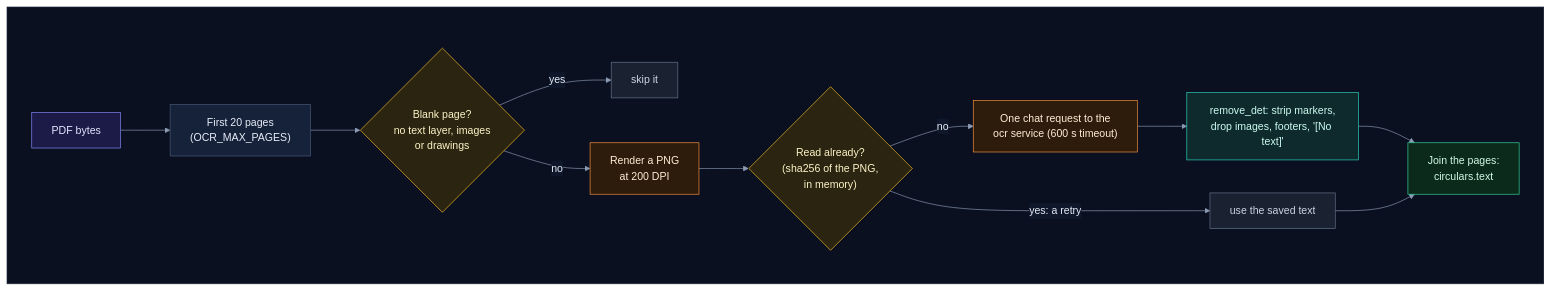
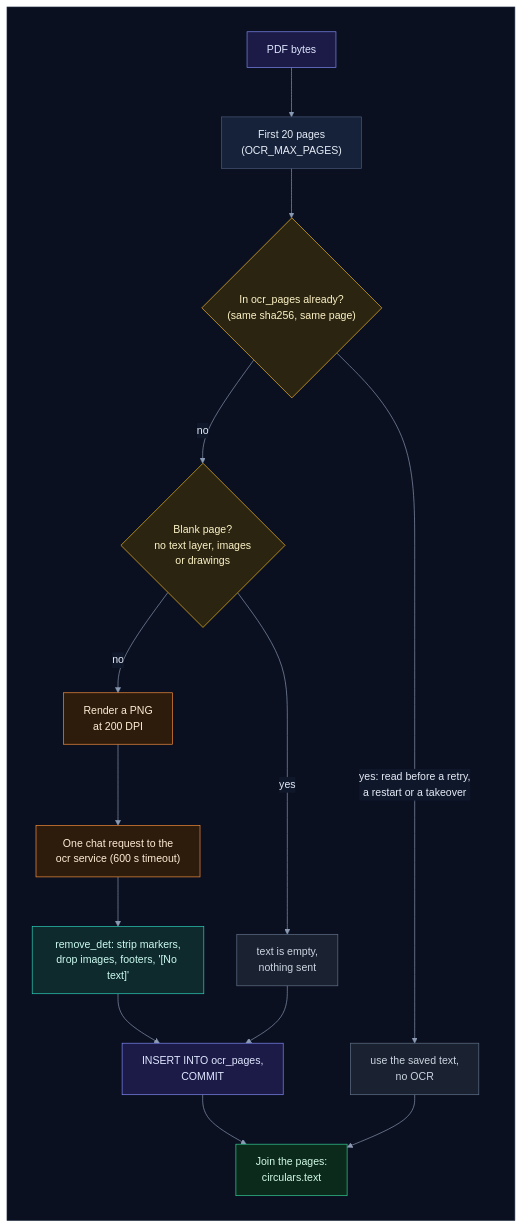
One commit to selvakumarperumal/Regulatory_Circular_Impact_Agent changed diagram 11 of 19 in backend/worker/INTERNALS.md. Above: the diagram before and after it, drawn with Mermaid. The commit also changed other lines of this file and 4 other files, not shown here.

First line of the commit message:
Document page-by-page OCR and claim renewal

````diff
--- a/backend/worker/INTERNALS.md
+++ b/backend/worker/INTERNALS.md
@@ -549,34 +563,36 @@
 ```mermaid
 %%{init: {"theme": "base", "flowchart": {"diagramPadding": 0}, "themeVariables": {"darkMode": true, "primaryColor": "#16213a", "primaryTextColor": "#e6edf7", "primaryBorderColor": "#475a7a", "lineColor": "#8b9bb4", "secondaryColor": "#1b2436", "tertiaryColor": "#101a2e", "edgeLabelBackground": "#0f172a", "textColor": "#e2e8f0", "clusterBkg": "#0f1728", "clusterBorder": "#2b3a55", "titleColor": "#c4b5fd", "nodeTextColor": "#e6edf7"}}}%%
-flowchart LR
+flowchart TD
     subgraph canvas[" "]
-        direction LR
+        direction TB
         pdf["PDF bytes"] --> pages["First 20 pages<br/>(OCR_MAX_PAGES)"]
-        pages --> blank{"Blank page?<br/>no text layer, images<br/>or drawings"}
-        blank -->|"yes"| drop["skip it"]
+        pages --> saved{"In ocr_pages already?<br/>(same sha256, same page)"}
+        saved -->|"yes: read before a retry,<br/>a restart or a takeover"| reuse["use the saved text,<br/>no OCR"]
+        saved -->|"no"| blank{"Blank page?<br/>no text layer, images<br/>or drawings"}
+        blank -->|"yes"| drop["text is empty,<br/>nothing sent"]
         blank -->|"no"| png["Render a PNG<br/>at 200 DPI"]
-        png --> cache{"Read already?<br/>(sha256 of the PNG,<br/>in memory)"}
-        cache -->|"yes: a retry"| reuse["use the saved text"]
-        cache -->|"no"| post["One chat request to the<br/>ocr service (600 s timeout)"]
+        png --> post["One chat request to the<br/>ocr service (600 s timeout)"]
         post --> clean["remove_det: strip markers,<br/>drop images, footers, '[No text]'"]
-        clean --> join["Join the pages:<br/>circulars.text"]
+        clean --> save["INSERT INTO ocr_pages,<br/>COMMIT"]
+        drop --> save
+        save --> join["Join the pages:<br/>circulars.text"]
         reuse --> join
     end
     classDef svc fill:#0e2a2c,stroke:#2dd4bf,color:#ccfbf1
     classDef data fill:#1c1a47,stroke:#818cf8,color:#e0e7ff
     classDef ext fill:#2a1640,stroke:#c084fc,color:#f3e8ff
     classDef gpu fill:#2d1b0c,stroke:#fb923c,color:#ffedd5
     classDef ask fill:#2a2410,stroke:#fbbf24,color:#fef3c7
     classDef ok fill:#0b2a1c,stroke:#34d399,color:#d1fae5
     classDef bad fill:#2e0f17,stroke:#fb7185,color:#ffe4e6
     classDef start fill:#1c2a0e,stroke:#a7ef6f,color:#ecfccb
     classDef muted fill:#1a2130,stroke:#64748b,color:#cbd5e1
     classDef queue fill:#0c2231,stroke:#38bdf8,color:#e0f2fe
-    class pdf data
-    class blank,cache ask
+    class pdf,save data
+    class blank,saved ask
     class drop,reuse muted
     class png,post gpu
     class clean svc
     class join ok
     style canvas fill:#0b1020,stroke:#1e293b,color:#0b1020
 ```
````
